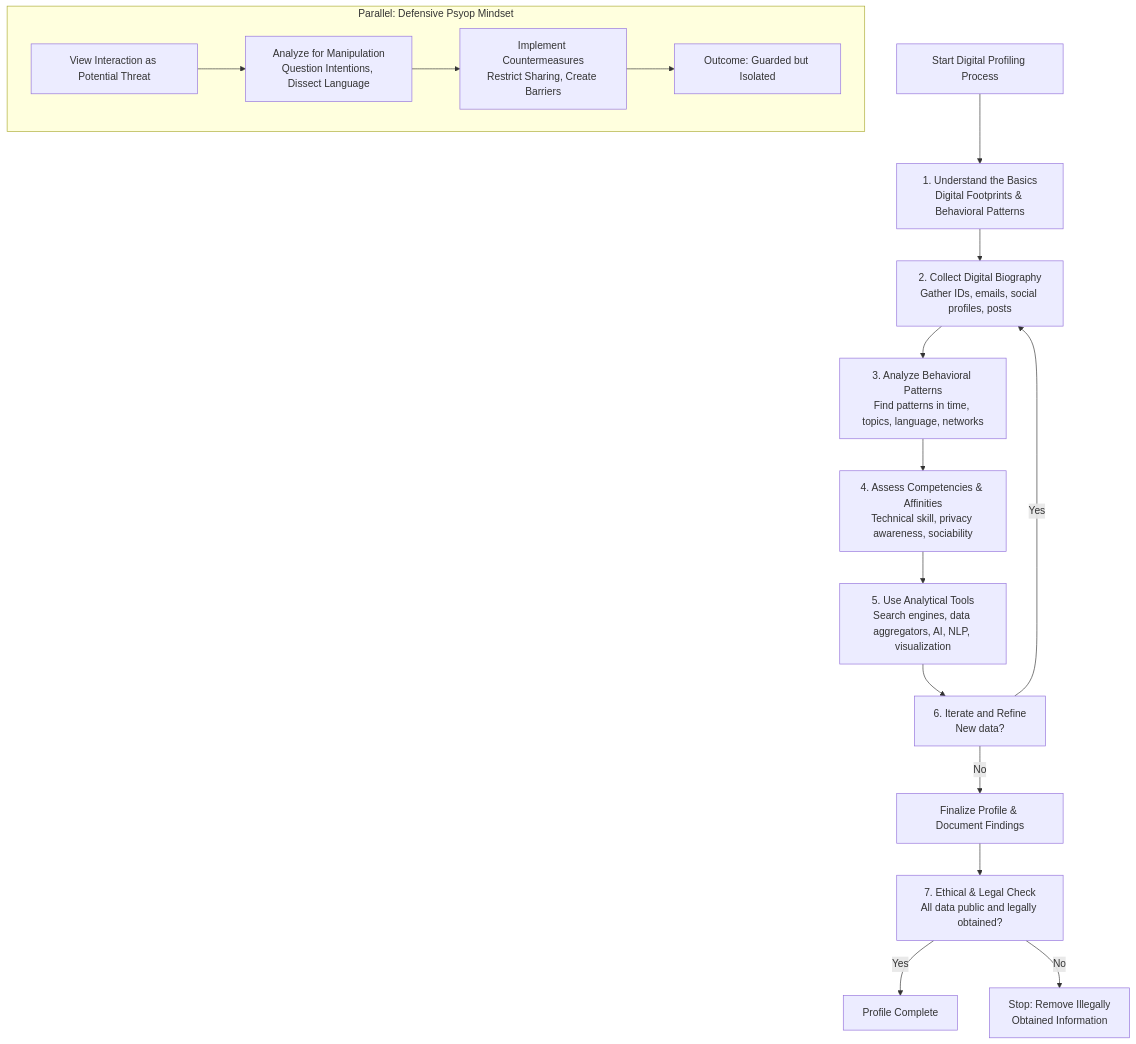
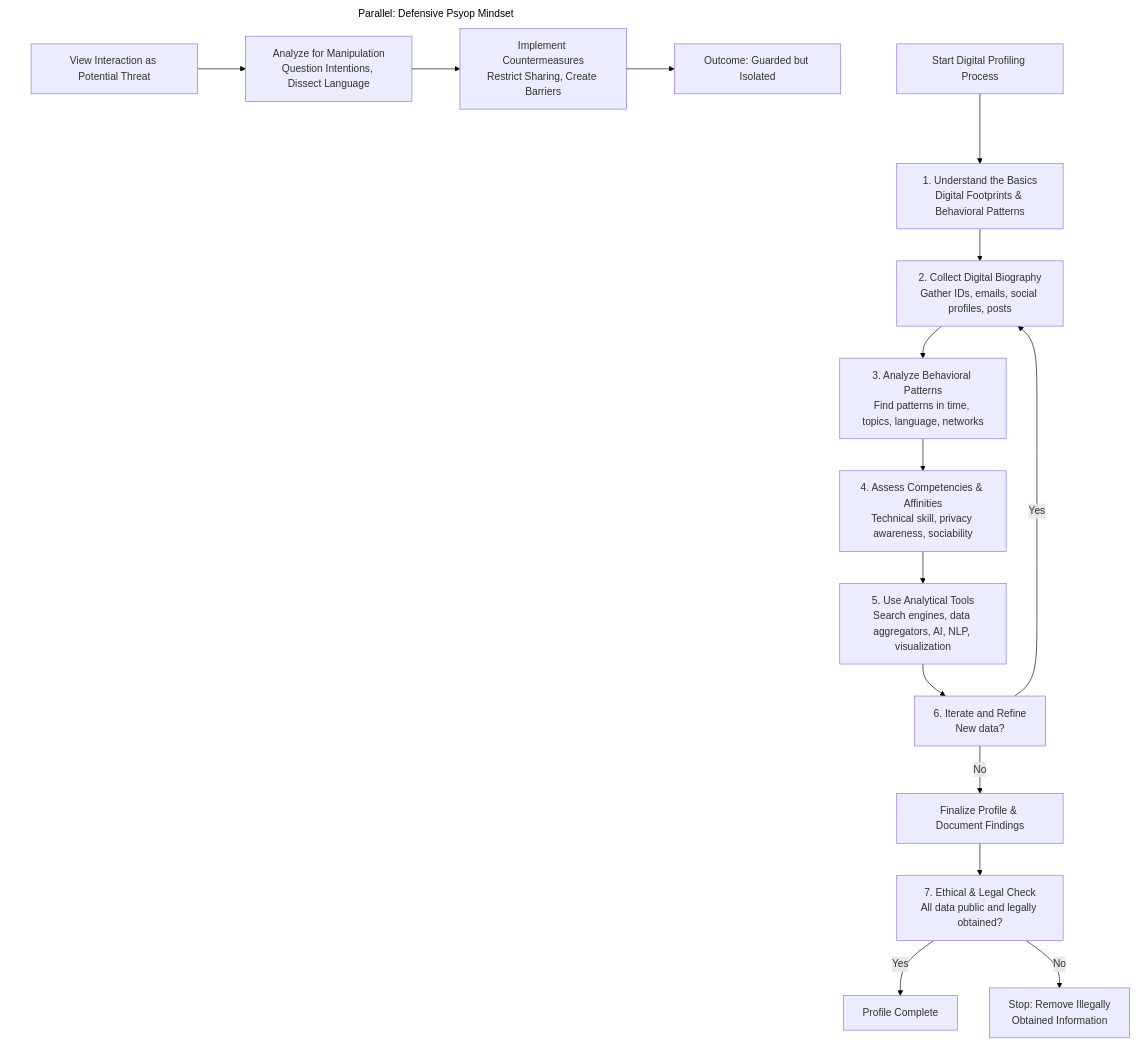
One commit to airborne-commando/OPSEC-OSINT-Tools changed the diagram in markdown/mermaid-data/digital-profiling.md. Above: the diagram before and after it, drawn with Mermaid. The commit also changed 8 other files, not shown here.

````diff
--- a/markdown/mermaid-data/digital-profiling.md
+++ b/markdown/mermaid-data/digital-profiling.md
@@ -1,23 +1,39 @@
 ```mermaid
 flowchart TD
  subgraph DefensiveMindset["Parallel: Defensive Psyop Mindset"]
         M["Analyze for Manipulation<br>Question Intentions, Dissect Language"]
         L["View Interaction as Potential Threat"]
         N["Implement Countermeasures<br>Restrict Sharing, Create Barriers"]
         O["Outcome: Guarded but Isolated"]
   end
     A["Start Digital Profiling Process"] --> B["1. Understand the Basics<br>Digital Footprints &amp; Behavioral Patterns"]
     B --> C["2. Collect Digital Biography<br>Gather IDs, emails, social profiles, posts"]
     C --> D["3. Analyze Behavioral Patterns<br>Find patterns in time, topics, language, networks"]
     D --> E["4. Assess Competencies &amp; Affinities<br>Technical skill, privacy awareness, sociability"]
     E --> F["5. Use Analytical Tools<br>Search engines, data aggregators, AI, NLP, visualization"]
     F --> G["6. Iterate and Refine<br>New data?"]
     G -- Yes --> C
     G -- No --> H["Finalize Profile & Document Findings"]
     H --> I["7. Ethical &amp; Legal Check<br>All data public and legally obtained?"]
     I -- Yes --> J["Profile Complete"]
     I -- No --> K["Stop: Remove Illegally<br>Obtained Information"]
     L --> M
     M --> N
     N --> O
+
+    style DefensiveMindset fill:transparent,stroke:none,color:#000000
+    linkStyle 0 stroke:#000000,fill:none
+    linkStyle 1 stroke:#000000,fill:none
+    linkStyle 2 stroke:#000000,fill:none
+    linkStyle 3 stroke:#000000,fill:none
+    linkStyle 4 stroke:#000000,fill:none
+    linkStyle 5 stroke:#000000,fill:none
+    linkStyle 6 stroke:#000000,fill:none
+    linkStyle 7 stroke:#000000,fill:none
+    linkStyle 8 stroke:#000000,fill:none
+    linkStyle 9 stroke:#000000,fill:none
+    linkStyle 10 stroke:#000000
+    linkStyle 11 stroke:#000000,fill:none
+    linkStyle 12 stroke:#000000,fill:none
+    linkStyle 13 stroke:#000000,fill:none
 ```
````
